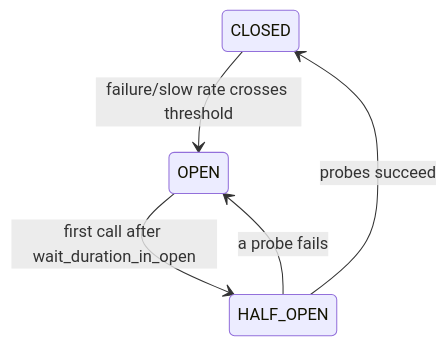
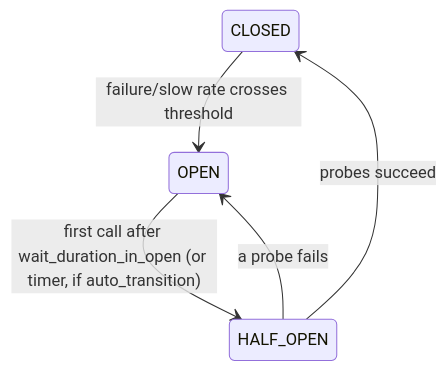
The diagram in docs/guides/states.md (bagowix/interlock), drawn with Mermaid before and after one commit. The commit also changed other lines of this file and 9 other files, not shown here.

First line of the commit message:
feat: add optional auto-transition timer for OPEN -> HALF_OPEN (#14)

````diff
--- a/docs/guides/states.md
+++ b/docs/guides/states.md
@@ -7,7 +7,7 @@
 ```mermaid
 stateDiagram-v2
     CLOSED --> OPEN: failure/slow rate crosses threshold
-    OPEN --> HALF_OPEN: first call after wait_duration_in_open
+    OPEN --> HALF_OPEN: first call after wait_duration_in_open (or timer, if auto_transition)
     HALF_OPEN --> CLOSED: probes succeed
     HALF_OPEN --> OPEN: a probe fails
 ```
````
